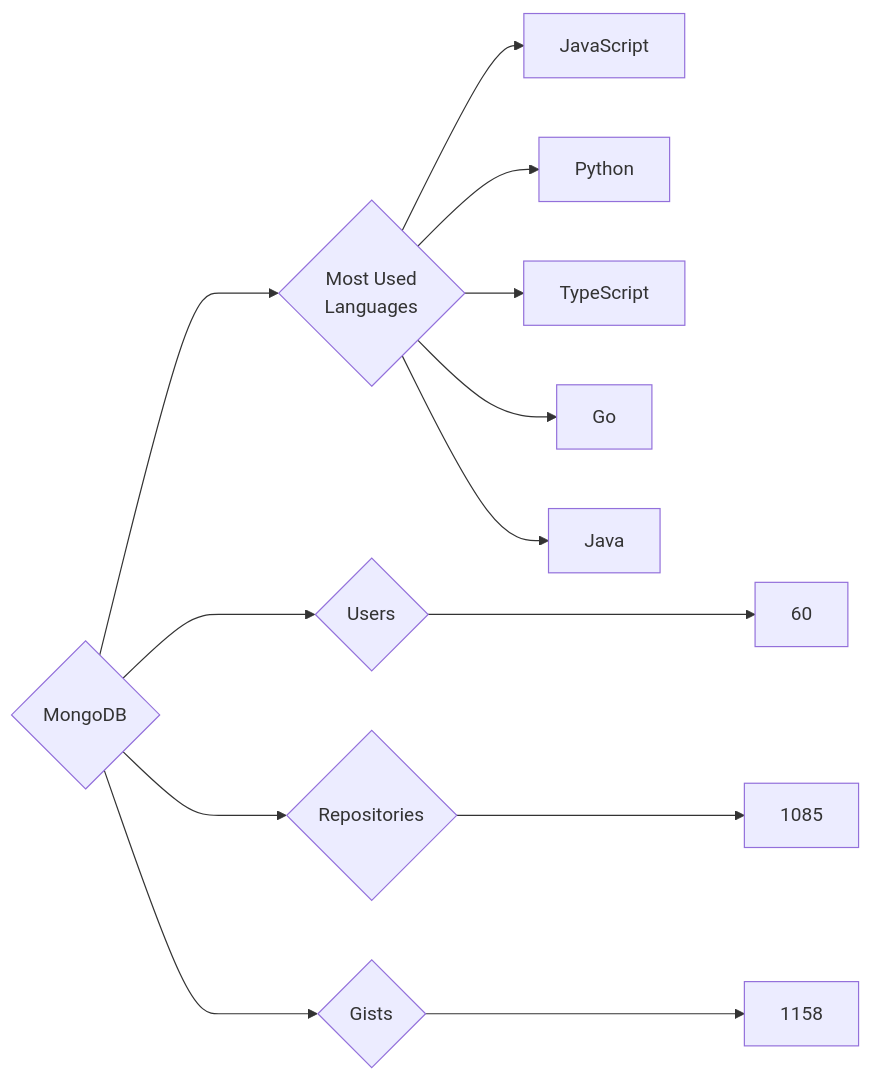
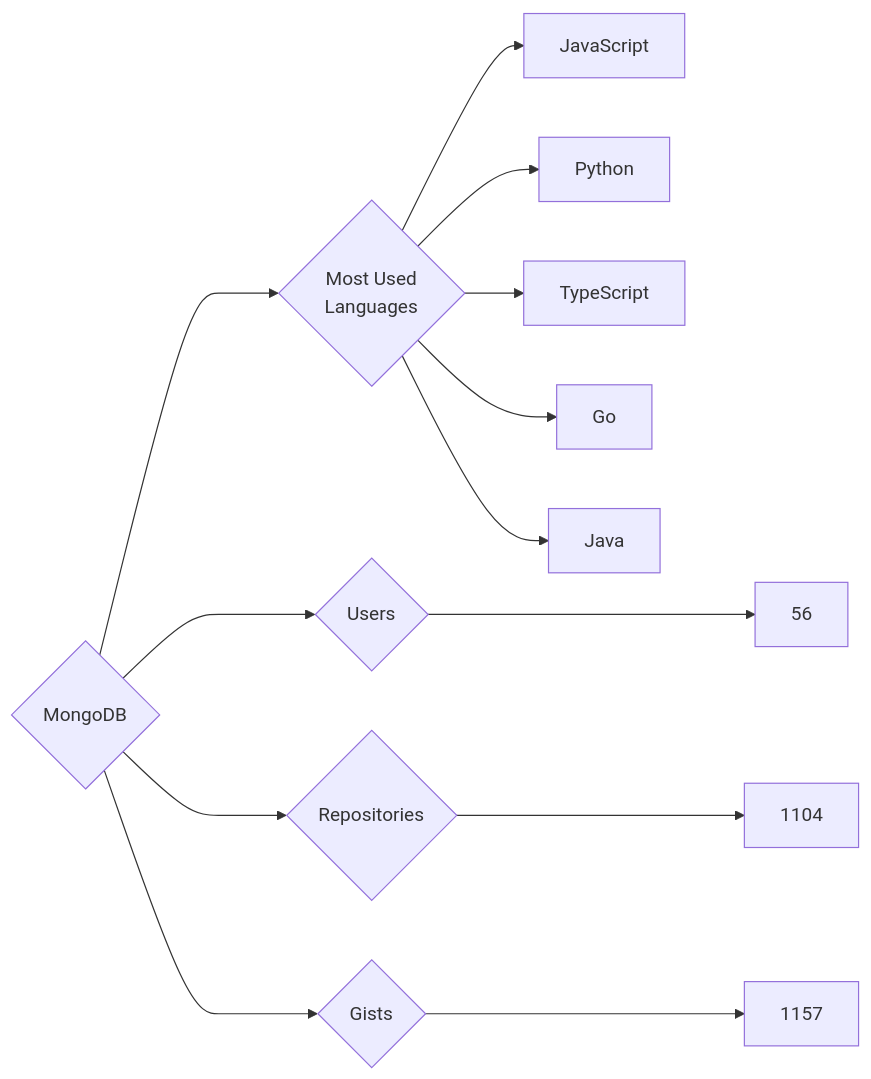
One commit to trickest/insiders changed the diagram in targets/MongoDB/README.md. Above: the diagram before and after it, drawn with Mermaid. The commit also changed 964 other files, not shown here.

````diff
--- a/targets/MongoDB/README.md
+++ b/targets/MongoDB/README.md
@@ -3,13 +3,13 @@
 ```mermaid
 graph LR
 COMPANY_NAME{MongoDB}
-COMPANY_NAME ---> U{Users} ---> UN[60]
-COMPANY_NAME ---> R{Repositories} ---> RN[1085]
-COMPANY_NAME ---> G{Gists} ---> GN[1158]
+COMPANY_NAME ---> U{Users} ---> UN[56]
+COMPANY_NAME ---> R{Repositories} ---> RN[1104]
+COMPANY_NAME ---> G{Gists} ---> GN[1157]
 COMPANY_NAME ---> ML{Most Used<br>Languages}
 ML --> JavaScript[JavaScript]
 ML --> Python[Python]
 ML --> TypeScript[TypeScript]
 ML --> Go[Go]
 ML --> Java[Java]
 ```
````
